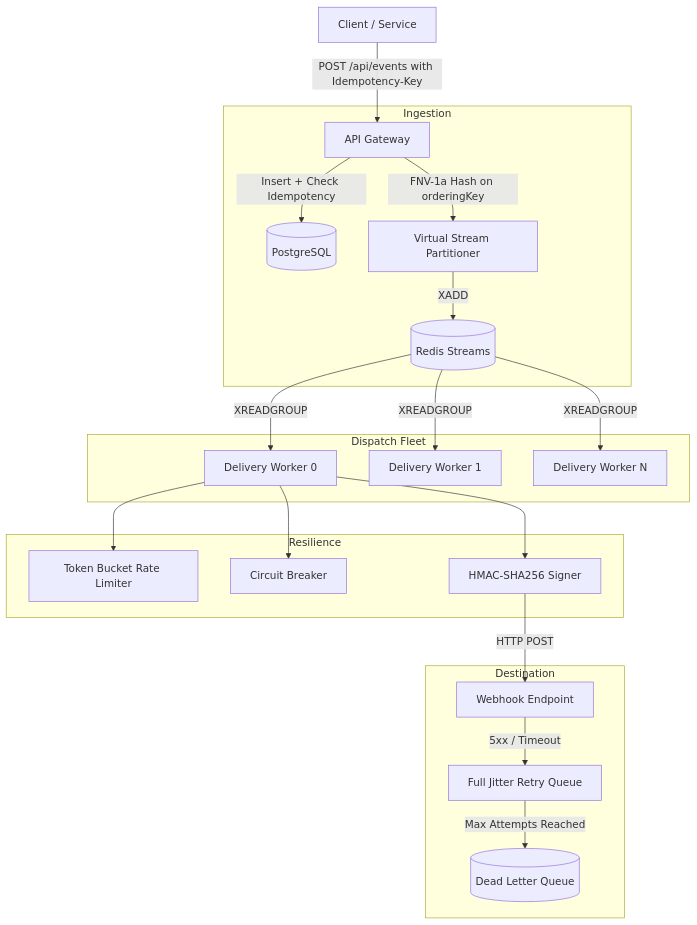
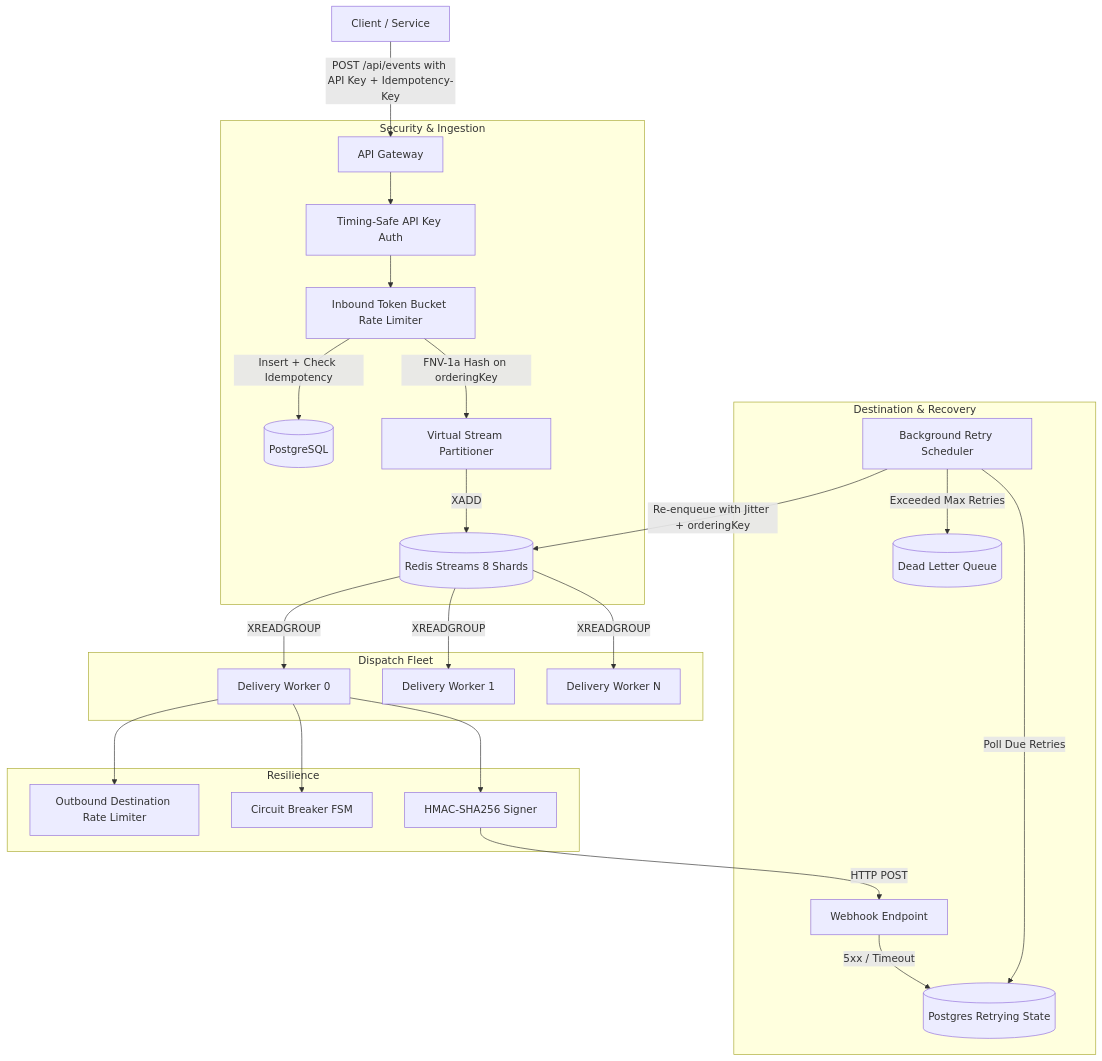
The diagram in README.md (TanmayRawal/EventRelay), drawn with Mermaid before and after one commit. The commit also changed other lines of this file and 16 other files, not shown here.

Commit message:
feat(security): activate end-to-end API auth, fix replay shard ordering, harden dockerfiles, add inbound rate limiting, and expand test suites

````diff
--- a/README.md
+++ b/README.md
@@ -22,28 +22,32 @@
 ```mermaid
 flowchart TD
-    Client[Client / Service] -->|POST /api/events with Idempotency-Key| API[API Gateway]
+    Client[Client / Service] -->|POST /api/events with API Key + Idempotency-Key| API[API Gateway]
 
-    subgraph Ingestion
-        API -->|Insert + Check Idempotency| PG[(PostgreSQL)]
-        API -->|FNV-1a Hash on orderingKey| Shard[Virtual Stream Partitioner]
-        Shard -->|XADD| RS[(Redis Streams)]
+    subgraph Security & Ingestion
+        API --> Auth[Timing-Safe API Key Auth]
+        Auth --> InboundRL[Inbound Token Bucket Rate Limiter]
+        InboundRL -->|Insert + Check Idempotency| PG[(PostgreSQL)]
+        InboundRL -->|FNV-1a Hash on orderingKey| Shard[Virtual Stream Partitioner]
+        Shard -->|XADD| RS[(Redis Streams 8 Shards)]
     end
 
     subgraph Dispatch Fleet
         RS -->|XREADGROUP| W1[Delivery Worker 0]
         RS -->|XREADGROUP| W2[Delivery Worker 1]
         RS -->|XREADGROUP| WN[Delivery Worker N]
     end
 
     subgraph Resilience
-        W1 --> TB[Token Bucket Rate Limiter]
-        W1 --> CB[Circuit Breaker]
+        W1 --> TB[Outbound Destination Rate Limiter]
+        W1 --> CB[Circuit Breaker FSM]
         W1 --> HMAC[HMAC-SHA256 Signer]
     end
 
-    subgraph Destination
+    subgraph Destination & Recovery
         HMAC -->|HTTP POST| Target[Webhook Endpoint]
-        Target -->|5xx / Timeout| Retry[Full Jitter Retry Queue]
-        Retry -->|Max Attempts Reached| DLQ[(Dead Letter Queue)]
+        Target -->|5xx / Timeout| PGRetry[(Postgres Retrying State)]
+        Sched[Background Retry Scheduler] -->|Poll Due Retries| PGRetry
+        Sched -->|Re-enqueue with Jitter + orderingKey| RS
+        Sched -->|Exceeded Max Retries| DLQ[(Dead Letter Queue)]
     end
 ```
````
